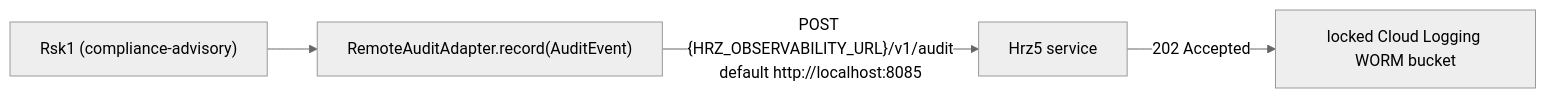
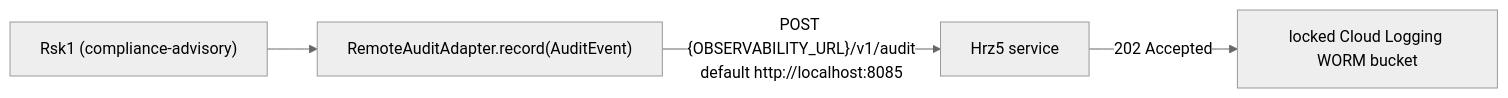
One commit to portable-genai/agent-observability changed the first of 2 diagrams in README.md. Above: the diagram before and after it, drawn with Mermaid (neutral theme). The commit also changed other lines of this file and 5 other files, not shown here.

````diff
--- a/README.md
+++ b/README.md
@@ -38,6 +38,6 @@
 ```mermaid
 flowchart LR
   Rsk1["Rsk1 (compliance-advisory)"] --> adapter["RemoteAuditAdapter.record(AuditEvent)"]
-  adapter -->|"POST {HRZ_OBSERVABILITY_URL}/v1/audit<br/>default http://localhost:8085"| Hrz5["Hrz5 service"]
+  adapter -->|"POST {OBSERVABILITY_URL}/v1/audit<br/>default http://localhost:8085"| Hrz5["Hrz5 service"]
   Hrz5 -->|"202 Accepted"| worm["locked Cloud Logging WORM bucket"]
 ```
````
